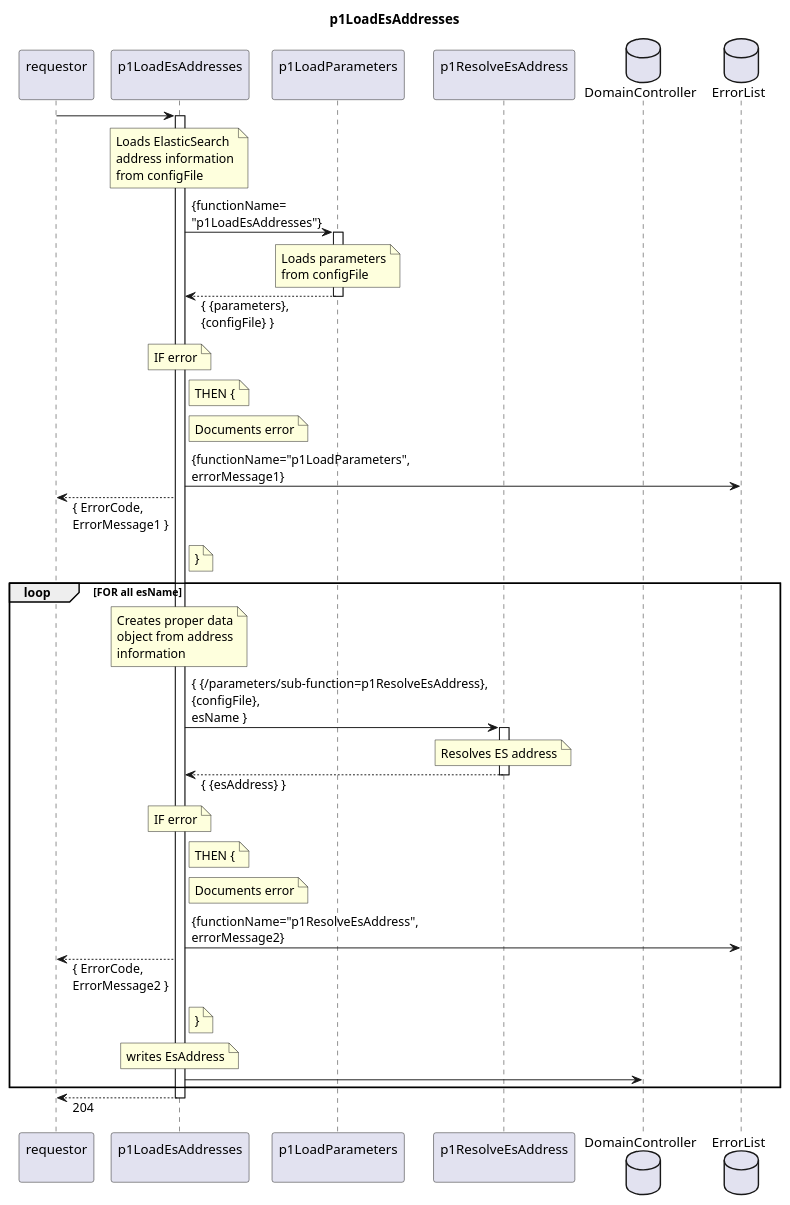
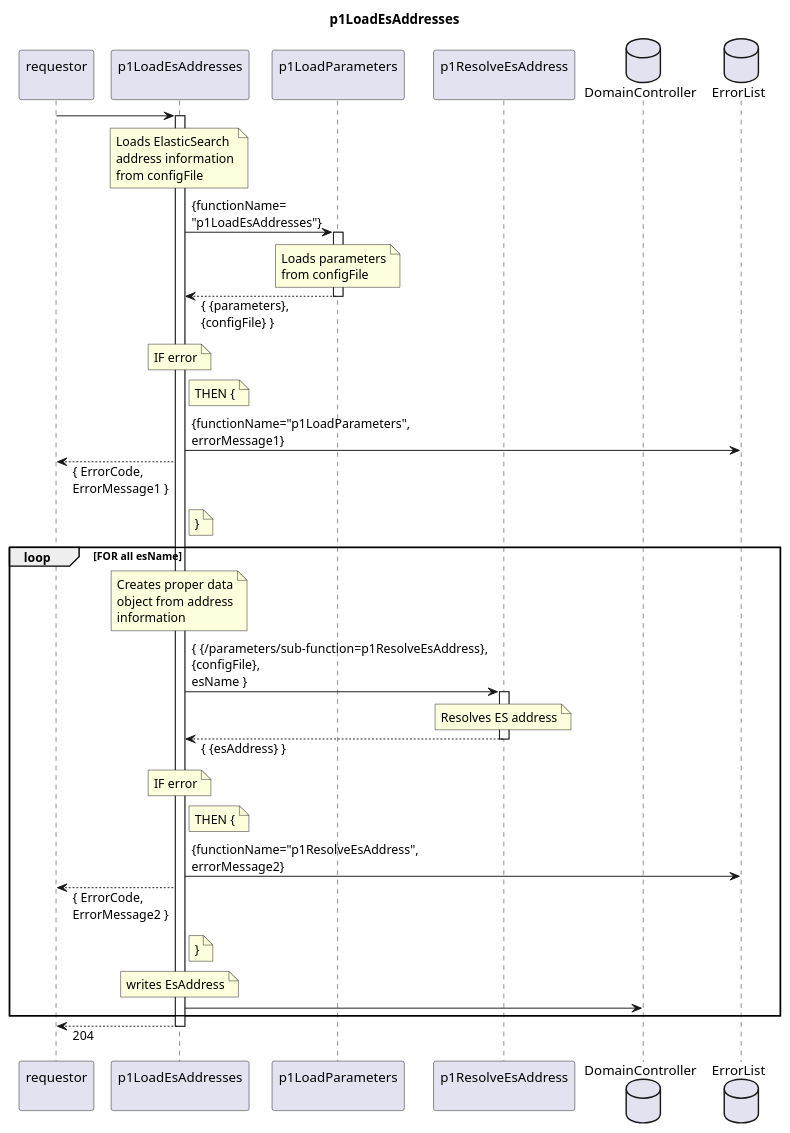
The diagram in spec/Functions/Administrative/p1LoadEsAddresses/1.0.0/p1LoadEsAddresses.plantuml (openBackhaul/FirmWareManager), drawn with PlantUML before and after one commit. The commit also changed 32 other files, not shown here.

Commit message:
Finalize sequence diagram of InterpretationFunctions

```diff
--- a/spec/Functions/Administrative/p1LoadEsAddresses/1.0.0/p1LoadEsAddresses.plantuml
+++ b/spec/Functions/Administrative/p1LoadEsAddresses/1.0.0/p1LoadEsAddresses.plantuml
@@ -1,81 +1,75 @@
 @startuml p1LoadEsAddresses
 skinparam responseMessageBelowArrow true
 
 title
   p1LoadEsAddresses
 end title
 
 participant "requestor\n" as requestor
 participant "p1LoadEsAddresses\n" as p1LEA
 participant "p1LoadParameters\n" as p1LP
 participant "p1ResolveEsAddress\n" as p1REA
 database "DomainController" as DC
 database "ErrorList" as hEL
 
 requestor -> p1LEA
 activate p1LEA
   note over p1LEA
     Loads ElasticSearch
     address information
     from configFile
   end note
   p1LEA -> p1LP: {functionName=\n"p1LoadEsAddresses"}
   activate p1LP
     note over p1LP
       Loads parameters
       from configFile
     end note
   p1LEA <-- p1LP: { {parameters},\n{configFile} }
   deactivate p1LP
   note over p1LEA
     IF error
   end note
   note right p1LEA
     THEN {
   end note
-  note right p1LEA
-    Documents error
-  end note
   p1LEA -> hEL: {functionName="p1LoadParameters",\nerrorMessage1}
   requestor <-- p1LEA: { ErrorCode,\nErrorMessage1 }
   note right p1LEA
     }
   end note
 
   loop FOR all esName
     note over p1LEA
       Creates proper data
       object from address
       information
     end note
     p1LEA -> p1REA: { {/parameters/sub-function=p1ResolveEsAddress},\n{configFile},\nesName }
     activate p1REA
       note over p1REA
         Resolves ES address
       end note
     p1LEA <-- p1REA: { {esAddress} }
     deactivate p1REA
     note over p1LEA
       IF error
     end note
     note right p1LEA
       THEN {
     end note
-    note right p1LEA
-      Documents error
-    end note
     p1LEA -> hEL: {functionName="p1ResolveEsAddress",\nerrorMessage2}
     requestor <-- p1LEA: { ErrorCode,\nErrorMessage2 }
     note right p1LEA
       }
     end note
 
     note over p1LEA
       writes EsAddress
     end note
     p1LEA -> DC
   end loop
 requestor <-- p1LEA: 204
 deactivate p1LEA
 
 @enduml
```
